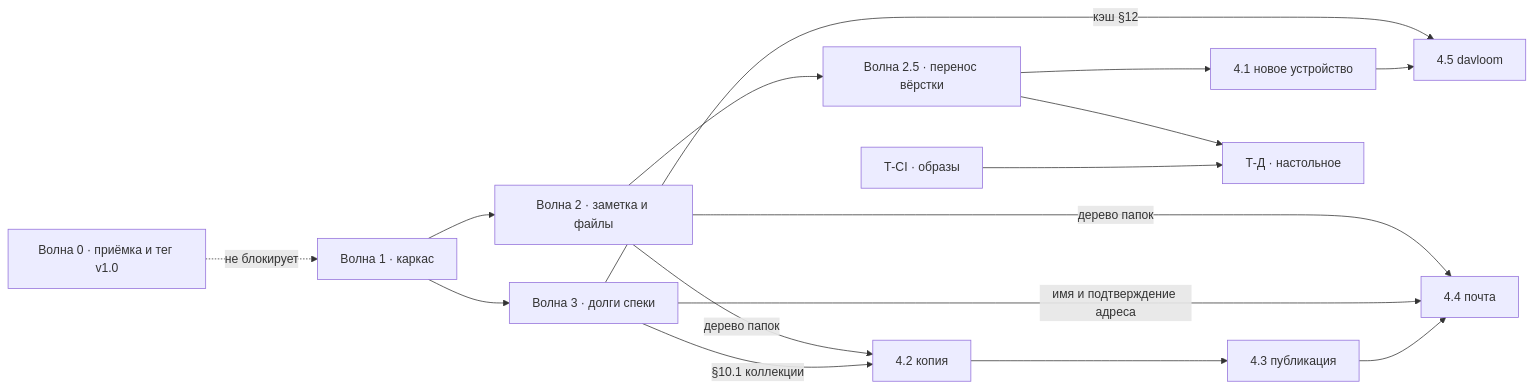
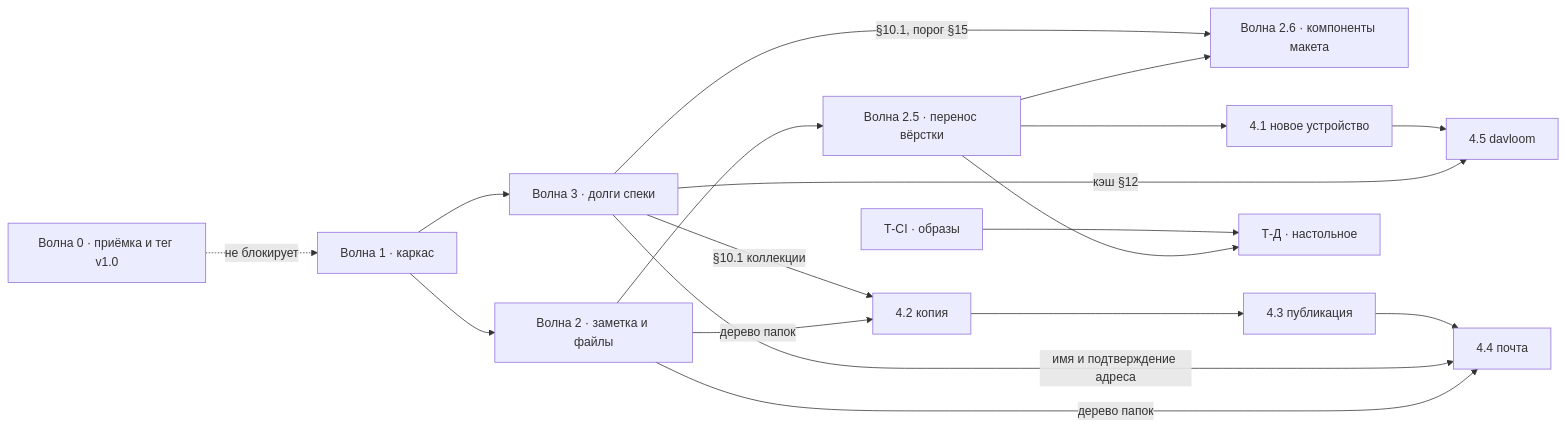
One commit to mixeme/carrel changed the diagram in docs/plans/global-plan.md. Above: the diagram before and after it, drawn with Mermaid. The commit also changed other lines of this file and 1 other file, not shown here.

````diff
--- a/docs/plans/global-plan.md
+++ b/docs/plans/global-plan.md
@@ -52,20 +53,22 @@
 ```mermaid
 flowchart LR
   W0["Волна 0 · приёмка и тег v1.0"]
   W1["Волна 1 · каркас"]
   W0 -. "не блокирует" .-> W1
   W1 --> W2["Волна 2 · заметка и файлы"]
   W2 --> W25["Волна 2.5 · перенос вёрстки"]
+  W25 --> W26["Волна 2.6 · компоненты макета"]
   W1 --> W3["Волна 3 · долги спеки"]
+  W3 -->|"§10.1, порог §15"| W26
   W2 -->|"дерево папок"| F2["4.2 копия"]
   W2 -->|"дерево папок"| F4["4.4 почта"]
   W3 -->|"§10.1 коллекции"| F2
   W3 -->|"кэш §12"| F5["4.5 davloom"]
   W3 -->|"имя и подтверждение адреса"| F4
   F1["4.1 новое устройство"] --> F5
   W25 --> F1
   F3["4.3 публикация"] --> F4
   F2 --> F3
   W25 --> TD["Т-Д · настольное"]
   TCI["Т-CI · образы"] --> TD
 ```
````
